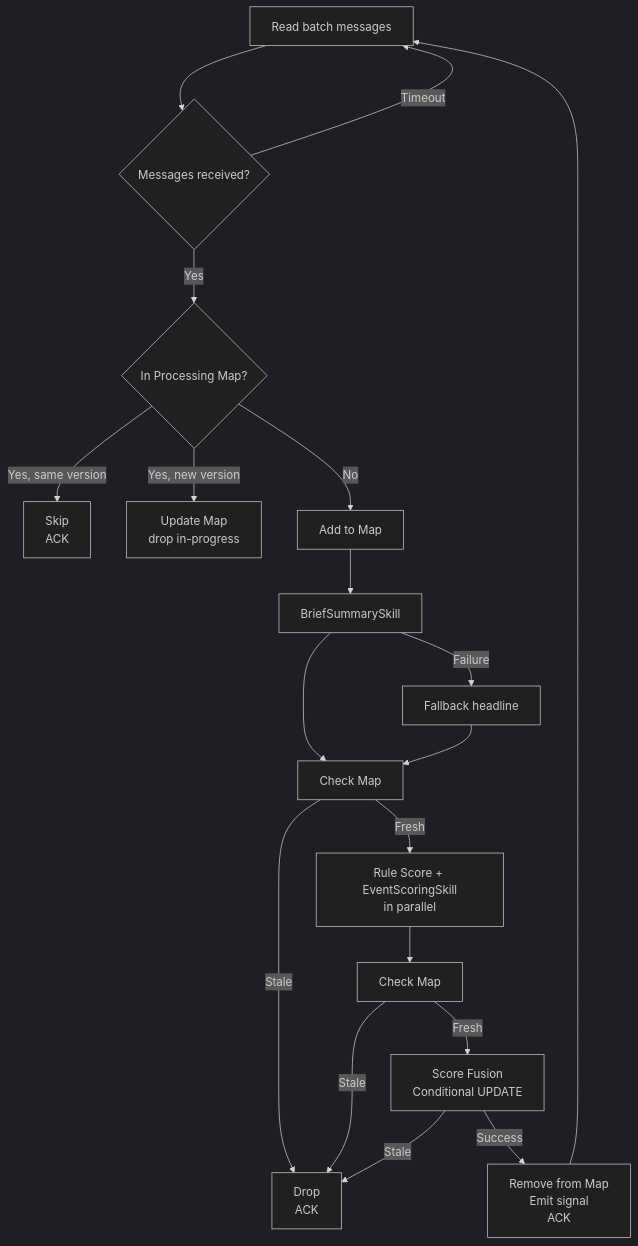
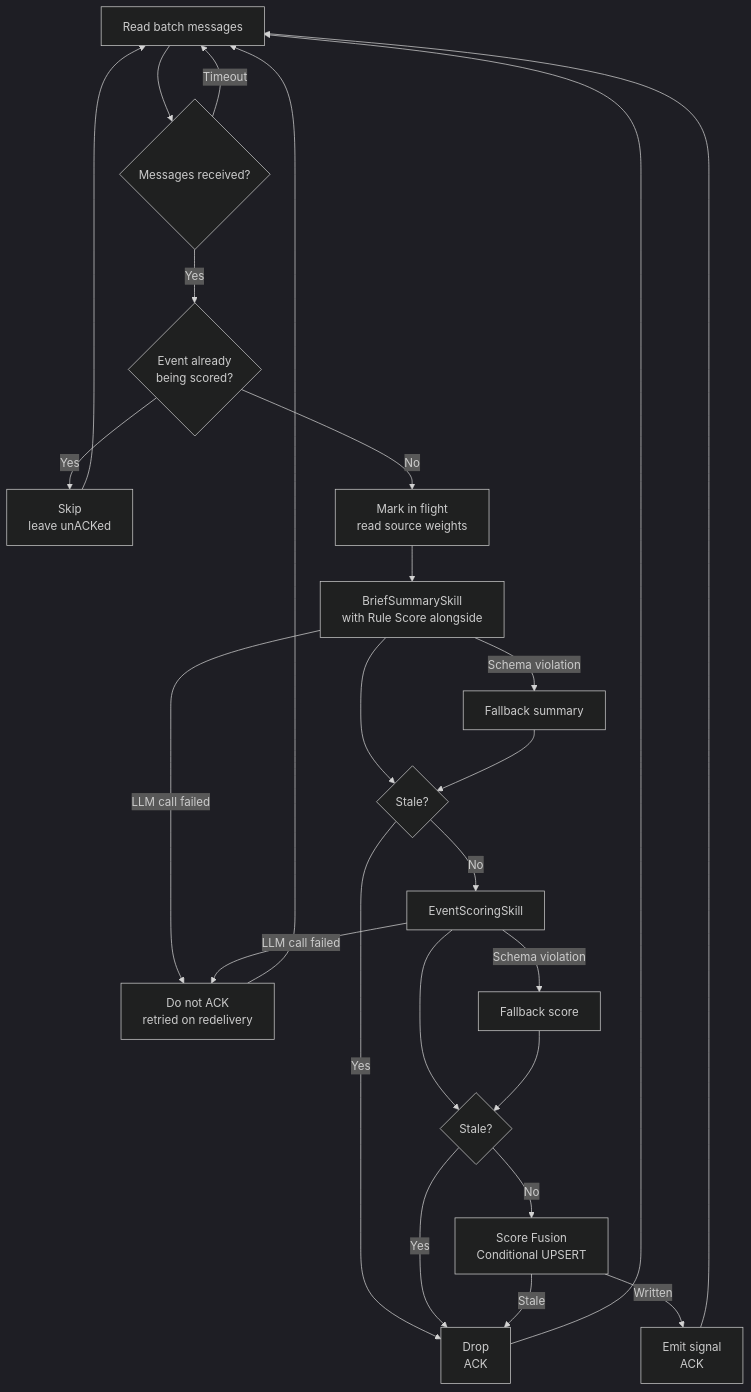
Before and after one commit to mars-xiaoyi/wealthfinder: the fourth of 5 diagrams in stock-assistant-pipeline-intelligence/docs/system-design.md, drawn with Mermaid (dark theme). The commit also changed other lines of this file and 3 other files, not shown here.

````diff
--- a/stock-assistant-pipeline-intelligence/docs/system-design.md
+++ b/stock-assistant-pipeline-intelligence/docs/system-design.md
@@ -372,21 +372,27 @@
 ```mermaid
 flowchart TD
     A[Read batch messages] --> B{Messages received?}
     B -->|Timeout| A
-    B -->|Yes| C{In Processing Map?}
-    C -->|Yes, same version| D[Skip\nACK]
-    C -->|Yes, new version| E[Update Map\ndrop in-progress]
-    C -->|No| F[Add to Map]
-    F --> G[BriefSummarySkill]
-    G -->|Failure| H[Fallback headline]
-    G --> I[Check Map]
+    B -->|Yes| C{Event already\nbeing scored?}
+    C -->|Yes| D[Skip\nleave unACKed]
+    C -->|No| F[Mark in flight\nread source weights]
+    F --> G[BriefSummarySkill\nwith Rule Score alongside]
+    G -->|Schema violation| H[Fallback summary]
+    G -->|LLM call failed| X[Do not ACK\nretried on redelivery]
+    G --> I{Stale?}
     H --> I
-    I -->|Stale| J[Drop\nACK]
-    I -->|Fresh| K[Rule Score + EventScoringSkill\nin parallel]
-    K --> L[Check Map]
-    L -->|Stale| J
-    L -->|Fresh| M[Score Fusion\nConditional UPDATE]
+    I -->|Yes| J[Drop\nACK]
+    I -->|No| K[EventScoringSkill]
+    K -->|Schema violation| KF[Fallback score]
+    K -->|LLM call failed| X
+    K --> L{Stale?}
+    KF --> L
+    L -->|Yes| J
+    L -->|No| M[Score Fusion\nConditional UPSERT]
     M -->|Stale| J
-    M -->|Success| N[Remove from Map\nEmit signal\nACK]
+    M -->|Written| N[Emit signal\nACK]
+    D --> A
+    J --> A
     N --> A
+    X --> A
 ```
````
